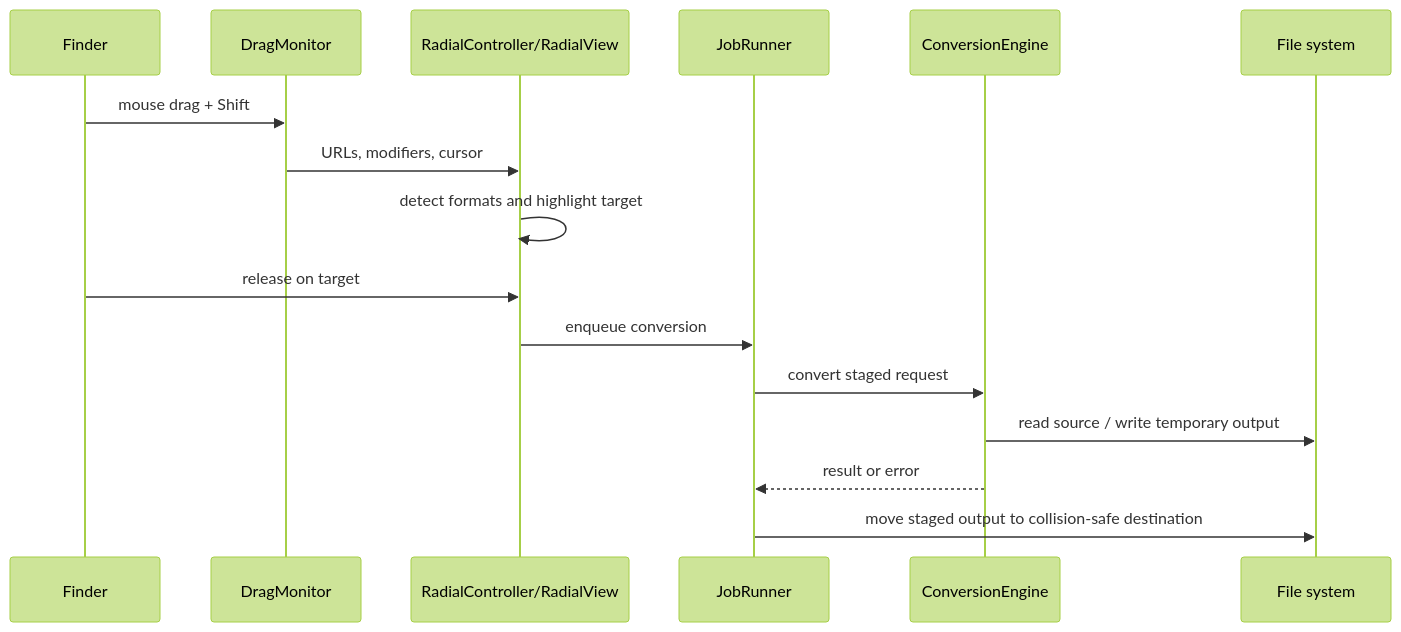
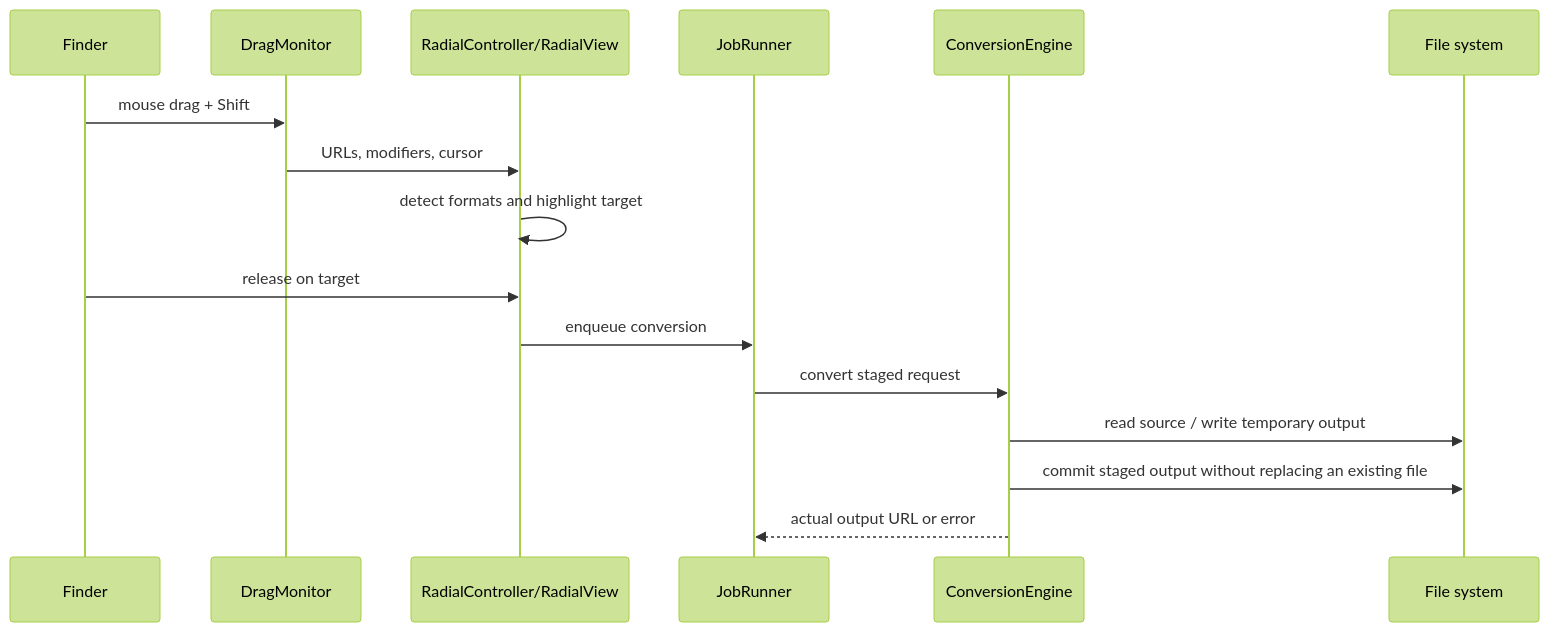
Before and after one commit to MohammadRadja/yuzu: the second of 4 diagrams in docs/ARCHITECTURE.md, drawn with Mermaid (forest theme). The commit also changed other lines of this file and 17 other files, not shown here.

````diff
--- a/docs/ARCHITECTURE.md
+++ b/docs/ARCHITECTURE.md
@@ -37,18 +37,18 @@
 ```mermaid
 sequenceDiagram
     participant Finder
     participant Monitor as DragMonitor
     participant Wheel as RadialController/RadialView
     participant Runner as JobRunner
     participant Engine as ConversionEngine
     participant FS as File system
     Finder->>Monitor: mouse drag + Shift
     Monitor->>Wheel: URLs, modifiers, cursor
     Wheel->>Wheel: detect formats and highlight target
     Finder->>Wheel: release on target
     Wheel->>Runner: enqueue conversion
     Runner->>Engine: convert staged request
     Engine->>FS: read source / write temporary output
-    Engine-->>Runner: result or error
-    Runner->>FS: move staged output to collision-safe destination
+    Engine->>FS: commit staged output without replacing an existing file
+    Engine-->>Runner: actual output URL or error
 ```
````
